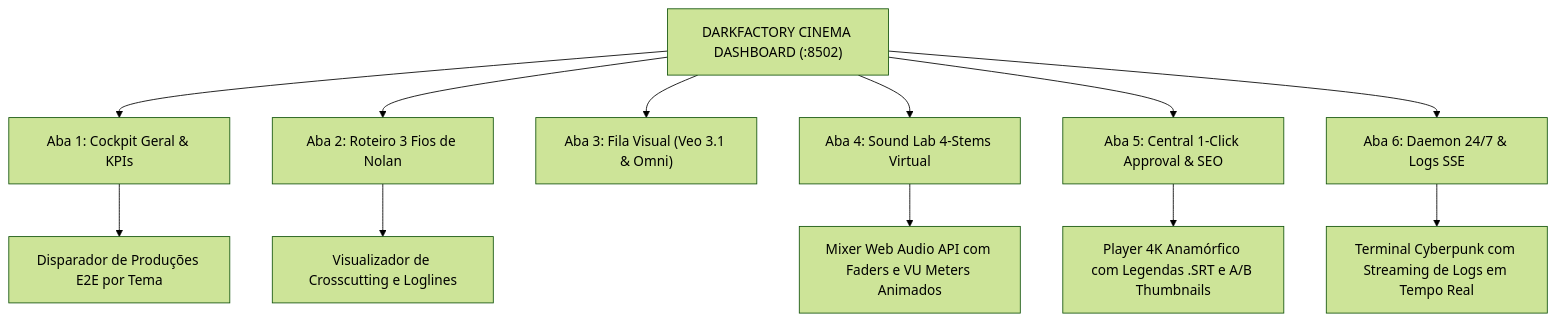
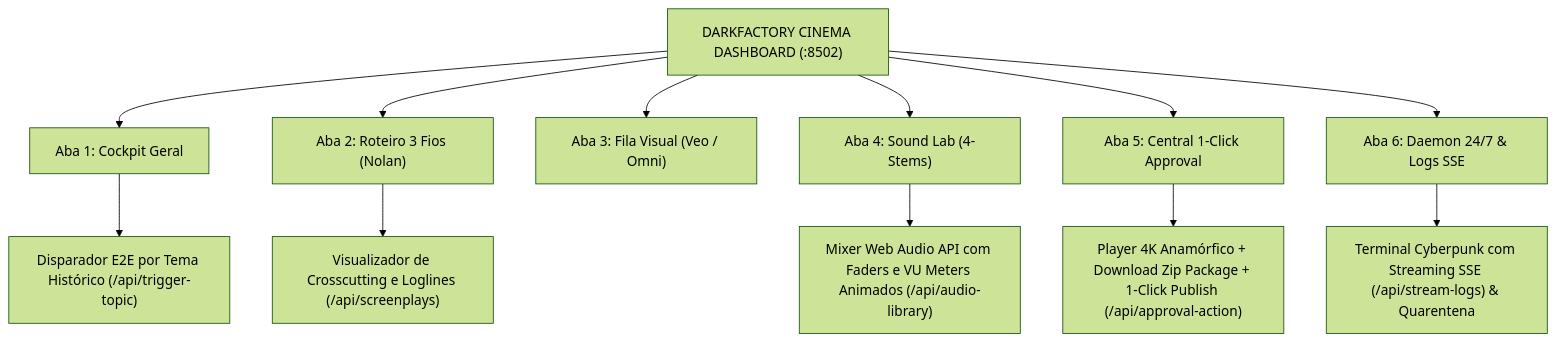
One commit to ciamarrojonatan-droid/darkfactory changed the fifth of 5 diagrams in README.md. Above: the diagram before and after it, drawn with Mermaid (forest theme). The commit also changed other lines of this file, not shown here.

Commit message:
docs: update README.md with dynamic bm_george voice routing, real CLI commands, 77 tests and ADR-07

````diff
--- a/README.md
+++ b/README.md
@@ -238,15 +238,15 @@
 ```mermaid
 flowchart TD
-    DASH["DARKFACTORY CINEMA DASHBOARD (:8502)"] --> T1["Aba 1: Cockpit Geral & KPIs"]
-    DASH --> T2["Aba 2: Roteiro 3 Fios de Nolan"]
-    DASH --> T3["Aba 3: Fila Visual (Veo 3.1 & Omni)"]
-    DASH --> T4["Aba 4: Sound Lab 4-Stems Virtual"]
-    DASH --> T5["Aba 5: Central 1-Click Approval & SEO"]
+    DASH["DARKFACTORY CINEMA DASHBOARD (:8502)"] --> T1["Aba 1: Cockpit Geral"]
+    DASH --> T2["Aba 2: Roteiro 3 Fios (Nolan)"]
+    DASH --> T3["Aba 3: Fila Visual (Veo / Omni)"]
+    DASH --> T4["Aba 4: Sound Lab (4-Stems)"]
+    DASH --> T5["Aba 5: Central 1-Click Approval"]
     DASH --> T6["Aba 6: Daemon 24/7 & Logs SSE"]
 
-    T1 --> K1["Disparador de Produções E2E por Tema"]
-    T2 --> K2["Visualizador de Crosscutting e Loglines"]
-    T4 --> K4["Mixer Web Audio API com Faders e VU Meters Animados"]
-    T5 --> K5["Player 4K Anamórfico com Legendas .SRT e A/B Thumbnails"]
-    T6 --> K6["Terminal Cyberpunk com Streaming de Logs em Tempo Real"]
+    T1 --> K1["Disparador E2E por Tema Histórico (/api/trigger-topic)"]
+    T2 --> K2["Visualizador de Crosscutting e Loglines (/api/screenplays)"]
+    T4 --> K4["Mixer Web Audio API com Faders e VU Meters Animados (/api/audio-library)"]
+    T5 --> K5["Player 4K Anamórfico + Download Zip Package + 1-Click Publish (/api/approval-action)"]
+    T6 --> K6["Terminal Cyberpunk com Streaming SSE (/api/stream-logs) & Quarentena"]
 ```
````
